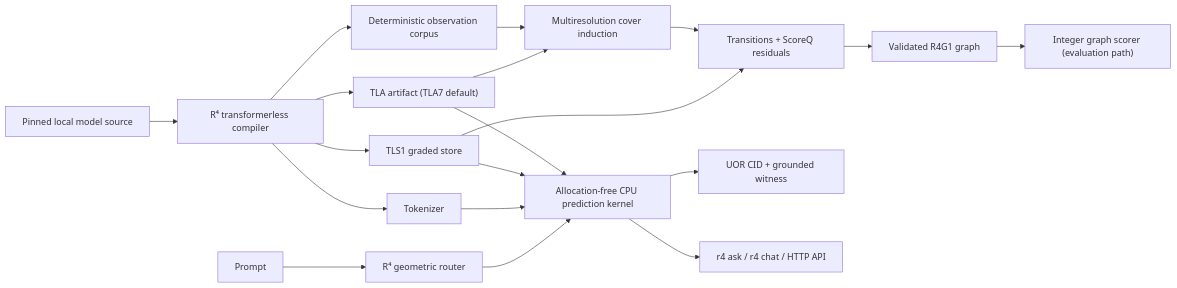
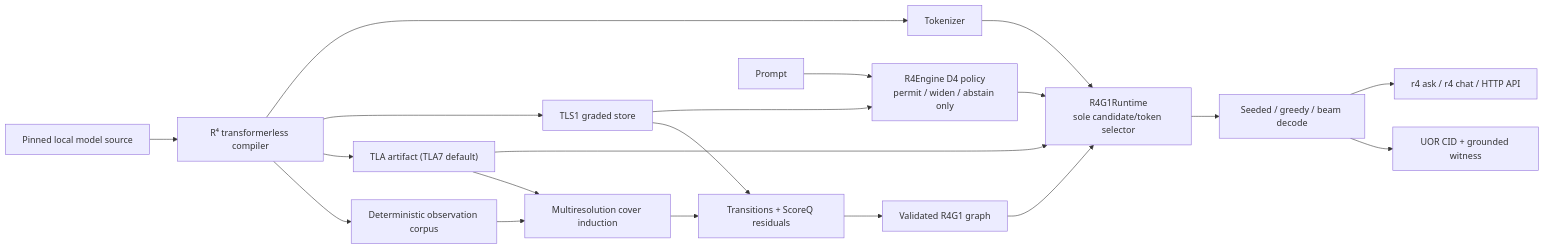
The second of 4 diagrams in pkg/README.md (UOR-Foundation/uor-r4), drawn with Mermaid before and after one commit. The commit also changed other lines of this file, not shown here.

Commit message:
Deploying to gh-pages from @ UOR-Foundation/uor-r4@abff35071bffdb2b6e27949d3346341339e82bfd 🚀

````diff
--- a/pkg/README.md
+++ b/pkg/README.md
@@ -333,21 +363,22 @@
 ```mermaid
 flowchart LR
     Source["Pinned local model source"] --> Compiler["R⁴ transformerless compiler"]
     Compiler --> Corpus["Deterministic observation corpus"]
     Compiler --> Artifact["TLA artifact (TLA7 default)"]
     Compiler --> Store["TLS1 graded store"]
     Compiler --> Tokenizer["Tokenizer"]
     Corpus --> Cover["Multiresolution cover induction"]
     Artifact --> Cover
     Cover --> Score["Transitions + ScoreQ residuals"]
     Store --> Score
     Score --> Graph["Validated R4G1 graph"]
-    Graph --> GraphRuntime["Integer graph scorer (evaluation path)"]
-    Artifact --> Runtime["Allocation-free CPU prediction kernel"]
-    Store --> Runtime
+    Graph --> Runtime["R4G1Runtime<br/>sole candidate/token selector"]
+    Artifact --> Runtime
     Tokenizer --> Runtime
-    Prompt["Prompt"] --> Router["R⁴ geometric router"]
-    Router --> Runtime
-    Runtime --> Witness["UOR CID + grounded witness"]
-    Runtime --> Apps["r4 ask / r4 chat / HTTP API"]
+    Prompt["Prompt"] --> D4["R4Engine D4 policy<br/>permit / widen / abstain only"]
+    Store --> D4
+    D4 --> Runtime
+    Runtime --> Decode["Seeded / greedy / beam decode"]
+    Decode --> Witness["UOR CID + grounded witness"]
+    Decode --> Apps["r4 ask / r4 chat / HTTP API"]
 ```
````
